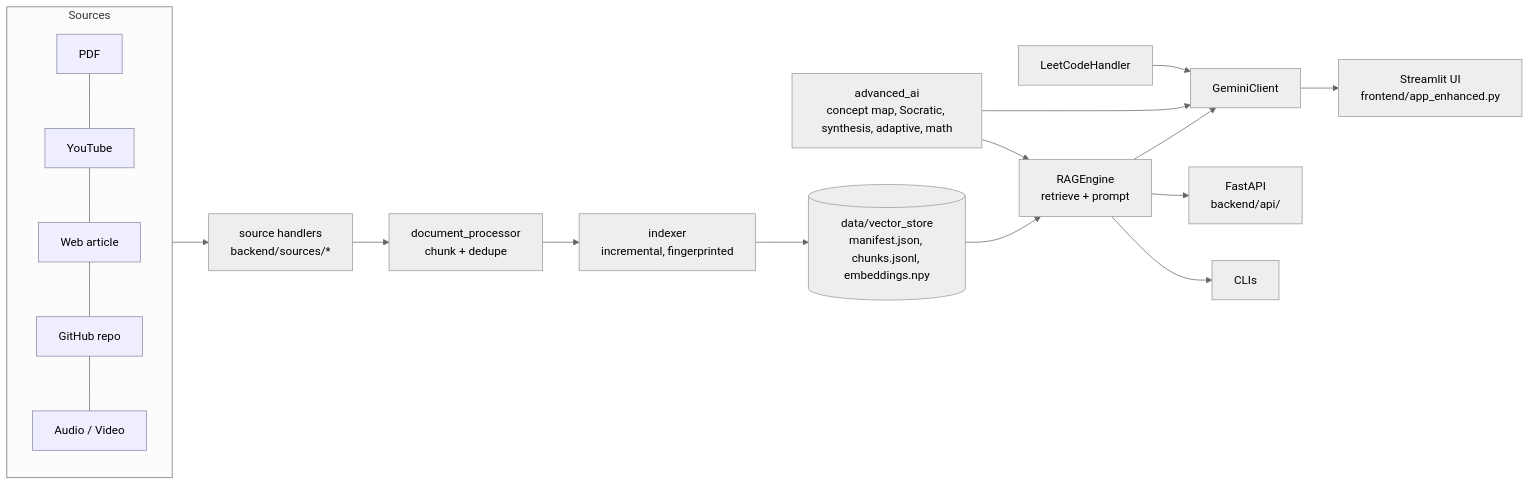
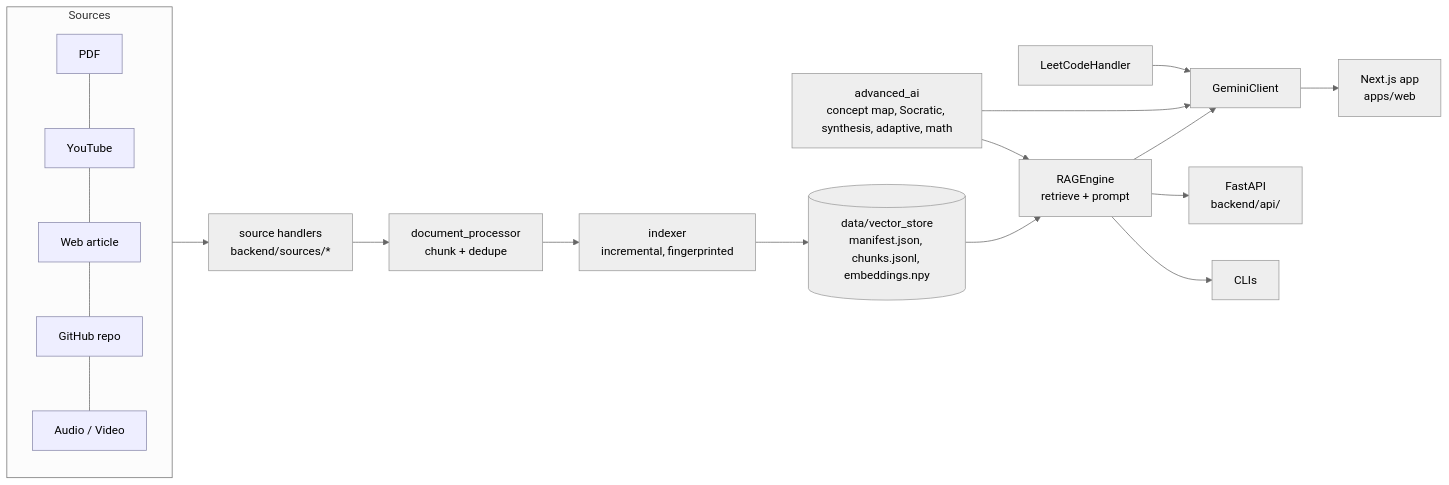
One commit to moh0405/Lectern changed the diagram in README.md. Above: the diagram before and after it, drawn with Mermaid (neutral theme). The commit also changed other lines of this file and 3 other files, not shown here.

First line of the commit message:
Docs: README, demo guide and plan updated for the Next.js app

````diff
--- a/README.md
+++ b/README.md
@@ -110,19 +109,19 @@
 ```mermaid
 flowchart LR
     subgraph Sources
         PDF[PDF]:::s --- YT[YouTube]:::s --- WEB[Web article]:::s --- GH[GitHub repo]:::s --- AU[Audio / Video]:::s
     end
     Sources --> SM[source handlers<br/>backend/sources/*]
     SM --> DP[document_processor<br/>chunk + dedupe]
     DP --> IX[indexer<br/>incremental, fingerprinted]
     IX --> VS[(data/vector_store<br/>manifest.json, chunks.jsonl, embeddings.npy)]
     VS --> RAG[RAGEngine<br/>retrieve + prompt]
     RAG --> LLM[GeminiClient]
     ADV[advanced_ai<br/>concept map, Socratic, synthesis, adaptive, math] --> RAG
     ADV --> LLM
     LC[LeetCodeHandler] --> LLM
-    LLM --> UI[Streamlit UI<br/>frontend/app_enhanced.py]
+    LLM --> UI[Next.js app<br/>apps/web]
     RAG --> API[FastAPI<br/>backend/api/]
     RAG --> CLI[CLIs]
     classDef s fill:#eef,stroke:#88a;
 ```
````
